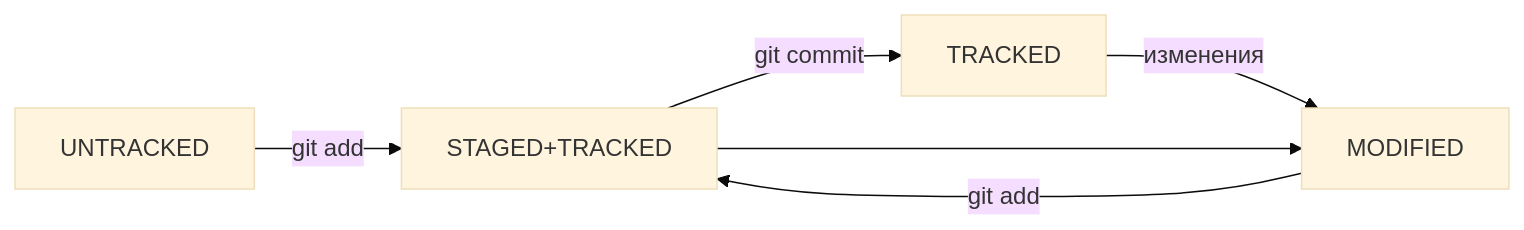
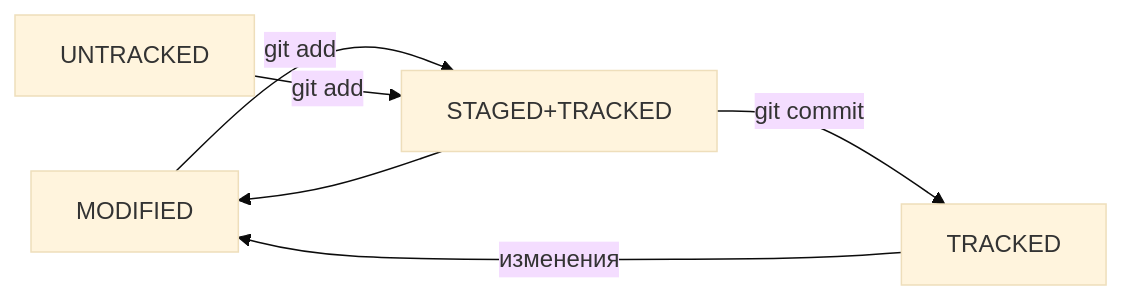
The diagram in README.md (myakunovre/Git-for-World), drawn with Mermaid (base theme) before and after one commit. The commit also changed other lines of this file, not shown here.

Commit message:
Изменен порядок строк в коде схемы mermaid

````diff
--- a/README.md
+++ b/README.md
@@ -183,8 +183,8 @@
 ```mermaid
 graph LR;
-UNTRACKED--"git add"-->STAGED+TRACKED;
 MODIFIED--"git add"-->STAGED+TRACKED;
 STAGED+TRACKED--"git commit"-->TRACKED;
 TRACKED--"изменения"-->MODIFIED;
+UNTRACKED--"git add"-->STAGED+TRACKED;
 STAGED+TRACKED-->MODIFIED;
 ```
````
